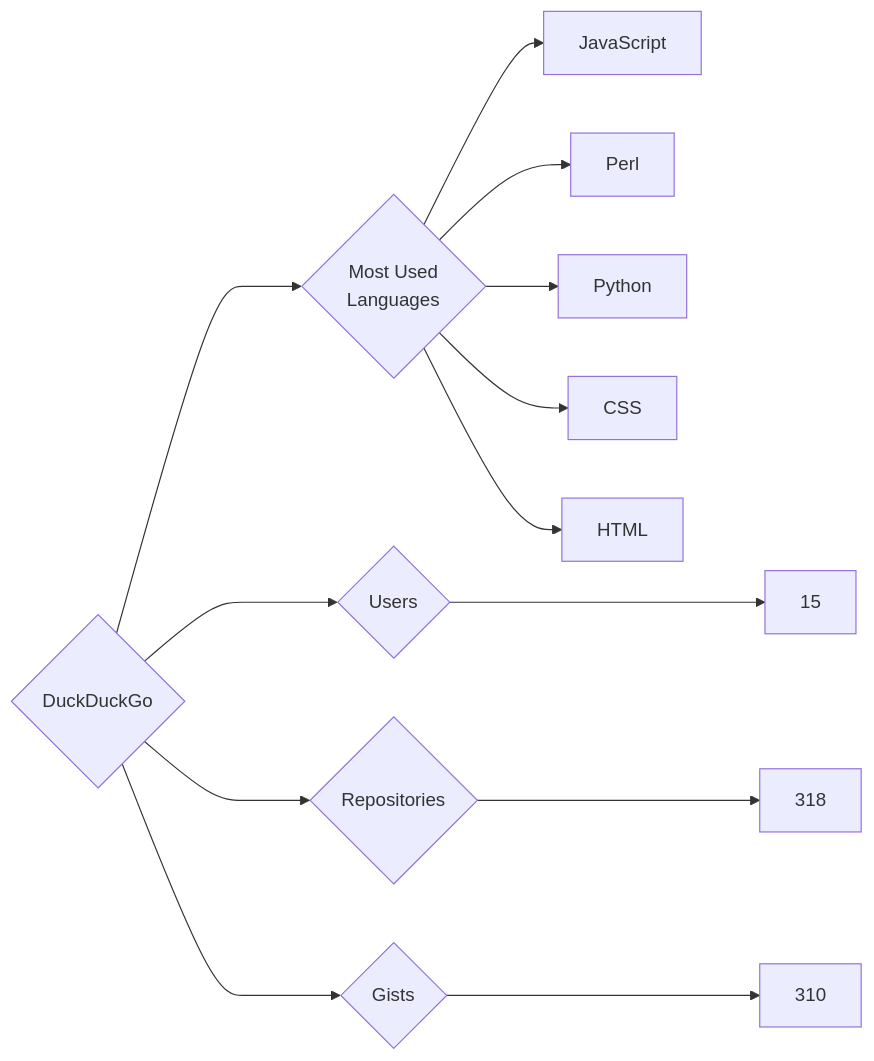
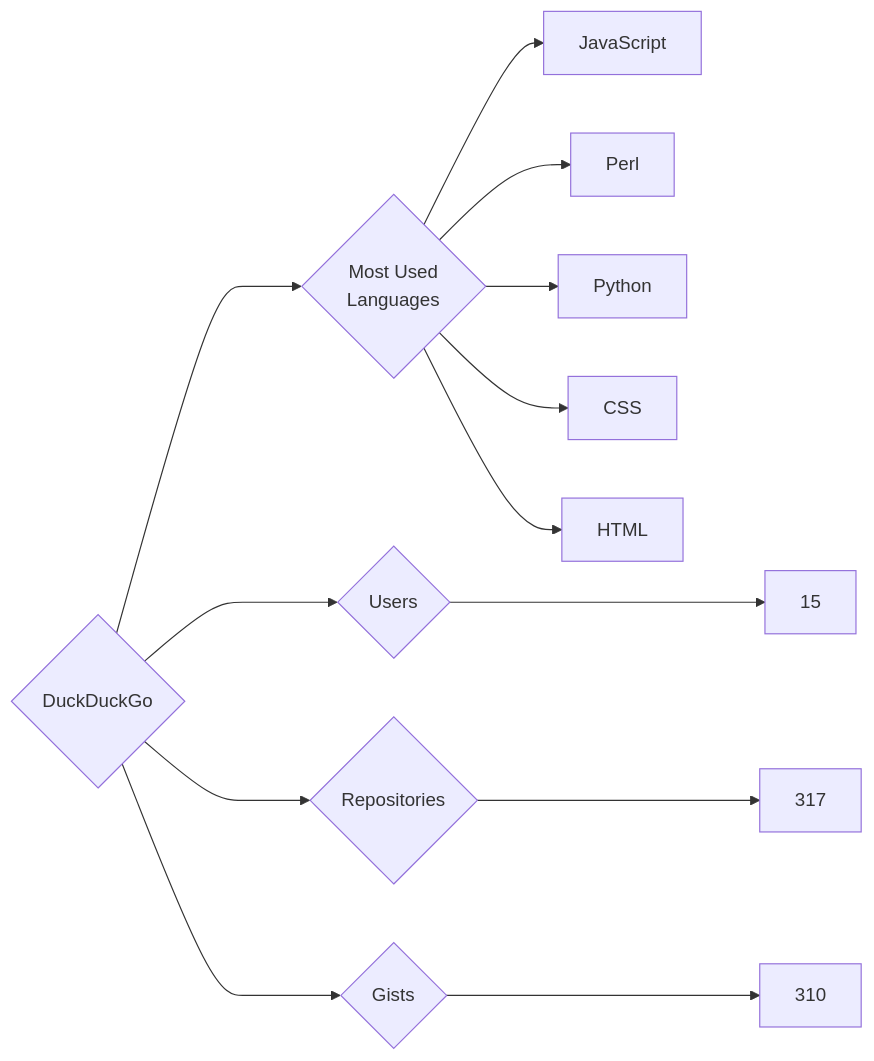
Before and after one commit to trickest/insiders: the diagram in targets/DuckDuckGo/README.md, drawn with Mermaid. The commit also changed 782 other files, not shown here.

````diff
--- a/targets/DuckDuckGo/README.md
+++ b/targets/DuckDuckGo/README.md
@@ -3,13 +3,13 @@
 ```mermaid
 graph LR
 COMPANY_NAME{DuckDuckGo}
 COMPANY_NAME ---> U{Users} ---> UN[15]
-COMPANY_NAME ---> R{Repositories} ---> RN[318]
+COMPANY_NAME ---> R{Repositories} ---> RN[317]
 COMPANY_NAME ---> G{Gists} ---> GN[310]
 COMPANY_NAME ---> ML{Most Used<br>Languages}
 ML --> JavaScript[JavaScript]
 ML --> Perl[Perl]
 ML --> Python[Python]
 ML --> CSS[CSS]
 ML --> HTML[HTML]
 ```
````
